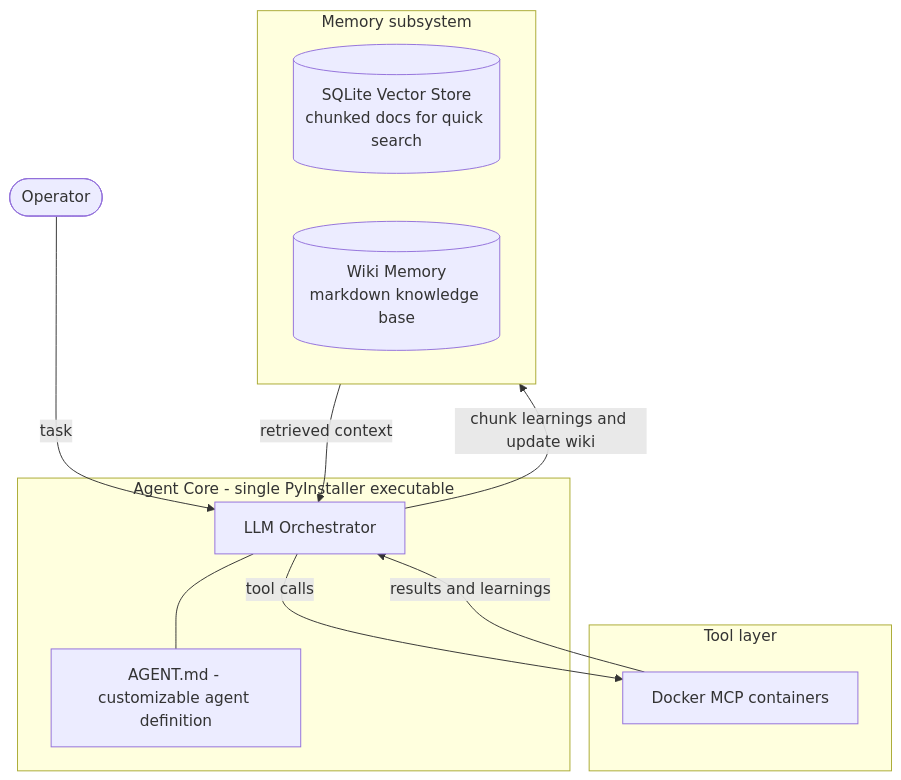
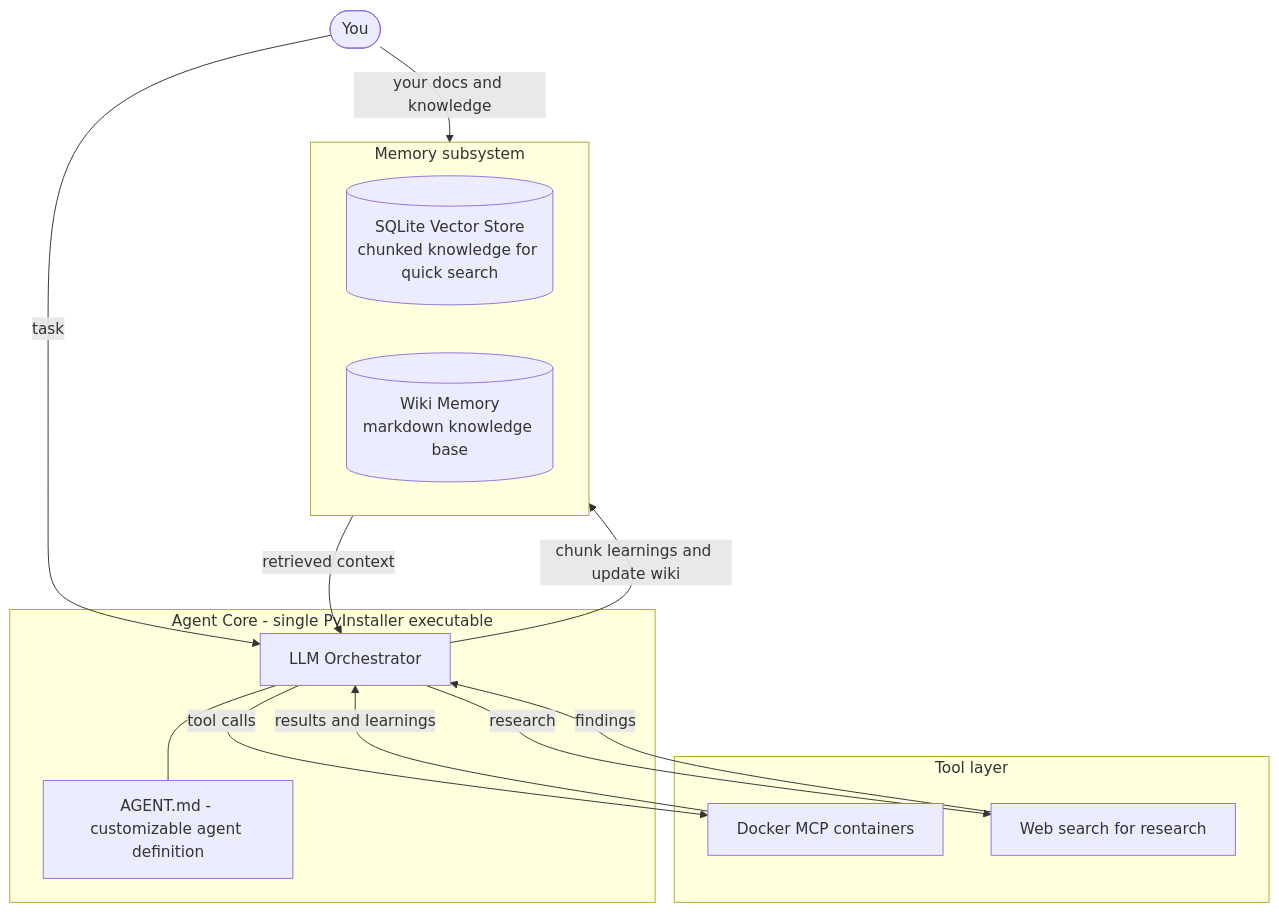
The diagram in README.md (decyphertek-io/DeCypherTek.ai), drawn with Mermaid before and after one commit. The commit also changed other lines of this file, not shown here.

````diff
--- a/README.md
+++ b/README.md
@@ -29,23 +34,27 @@
 ```mermaid
 flowchart TB
     subgraph Core["Agent Core - single PyInstaller executable"]
         Orchestrator["LLM Orchestrator"]
         AgentDef["AGENT.md - customizable agent definition"]
         Orchestrator --- AgentDef
     end
 
     subgraph Memory["Memory subsystem"]
-        Vector[("SQLite Vector Store<br/>chunked docs for quick search")]
+        Vector[("SQLite Vector Store<br/>chunked knowledge for quick search")]
         Wiki[("Wiki Memory<br/>markdown knowledge base")]
     end
 
     subgraph Tools["Tool layer"]
         MCP["Docker MCP containers"]
+        Web["Web search for research"]
     end
 
-    Operator([Operator]) -->|task| Orchestrator
+    You([You]) -->|task| Orchestrator
+    You -->|your docs and knowledge| Memory
     Memory -->|retrieved context| Orchestrator
     Orchestrator -->|chunk learnings and update wiki| Memory
     Orchestrator -->|tool calls| MCP
     MCP -->|results and learnings| Orchestrator
+    Orchestrator -->|research| Web
+    Web -->|findings| Orchestrator
 ```
````
